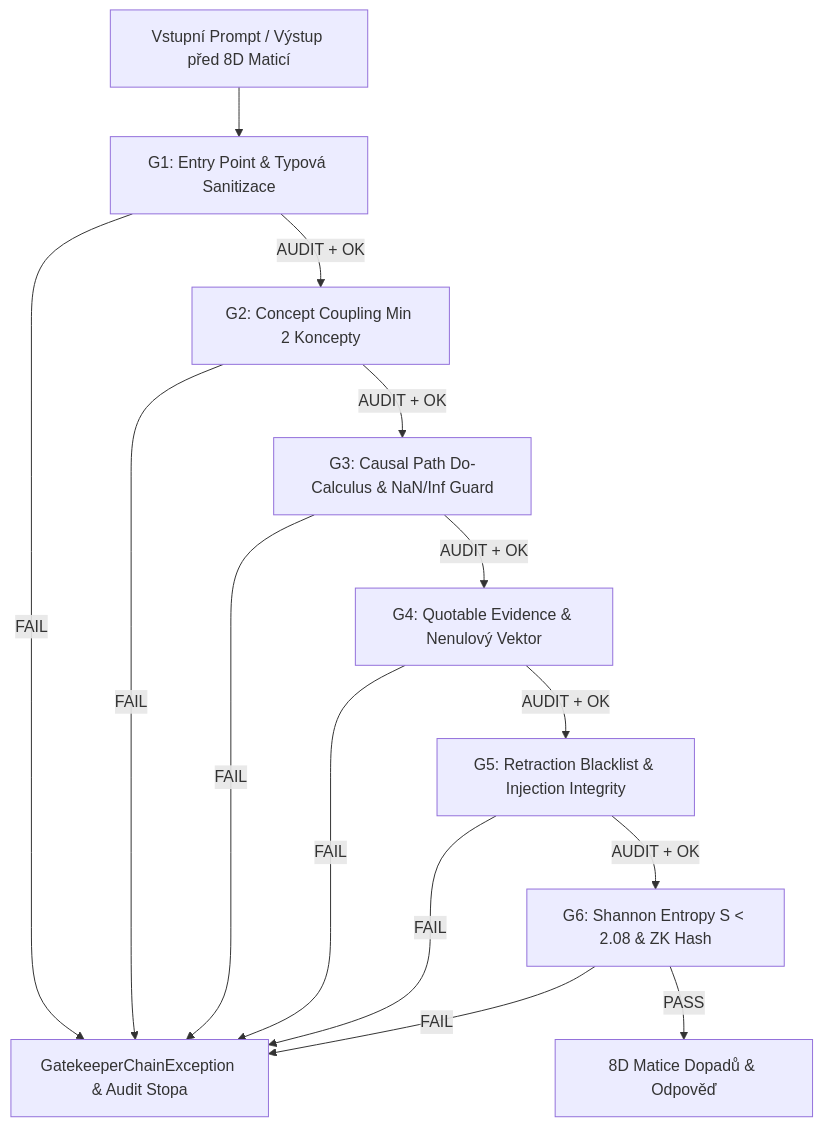
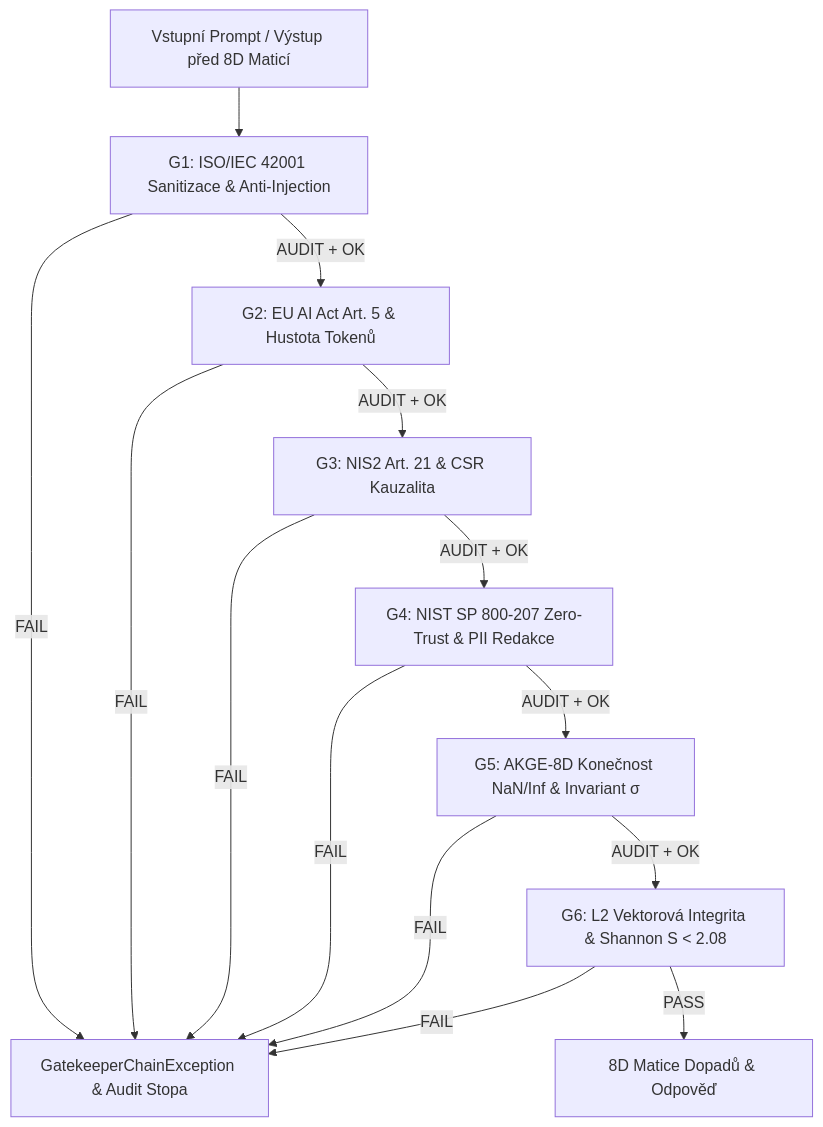
The second of 2 diagrams in DOCUMENTATION.md (suseto-ui/OMNIS_00), drawn with Mermaid before and after one commit. The commit also changed other lines of this file and 26 other files, not shown here.

````diff
--- a/DOCUMENTATION.md
+++ b/DOCUMENTATION.md
@@ -53,18 +53,18 @@
 ```mermaid
 flowchart TD
-    INPUT[Vstupní Prompt / Výstup před 8D Maticí] --> G1[G1: Entry Point & Typová Sanitizace]
-    G1 -->|AUDIT + OK| G2[G2: Concept Coupling Min 2 Koncepty]
-    G2 -->|AUDIT + OK| G3[G3: Causal Path Do-Calculus & NaN/Inf Guard]
-    G3 -->|AUDIT + OK| G4[G4: Quotable Evidence & Nenulový Vektor]
-    G4 -->|AUDIT + OK| G5[G5: Retraction Blacklist & Injection Integrity]
-    G5 -->|AUDIT + OK| G6[G6: Shannon Entropy S < 2.08 & ZK Hash]
+    INPUT[Vstupní Prompt / Výstup před 8D Maticí] --> G1[G1: ISO/IEC 42001 Sanitizace & Anti-Injection]
+    G1 -->|AUDIT + OK| G2[G2: EU AI Act Art. 5 & Hustota Tokenů]
+    G2 -->|AUDIT + OK| G3[G3: NIS2 Art. 21 & CSR Kauzalita]
+    G3 -->|AUDIT + OK| G4[G4: NIST SP 800-207 Zero-Trust & PII Redakce]
+    G4 -->|AUDIT + OK| G5[G5: AKGE-8D Konečnost NaN/Inf & Invariant σ]
+    G5 -->|AUDIT + OK| G6[G6: L2 Vektorová Integrita & Shannon S < 2.08]
 
     G1 -->|FAIL| EXC[GatekeeperChainException & Audit Stopa]
     G2 -->|FAIL| EXC
     G3 -->|FAIL| EXC
     G4 -->|FAIL| EXC
     G5 -->|FAIL| EXC
     G6 -->|FAIL| EXC
 
     G6 -->|PASS| MAT[8D Matice Dopadů & Odpověď]
 ```
````
